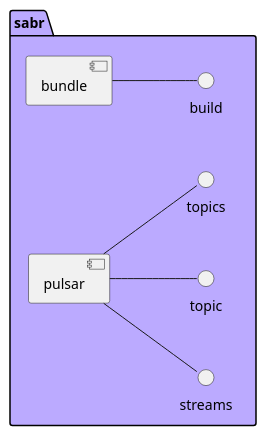
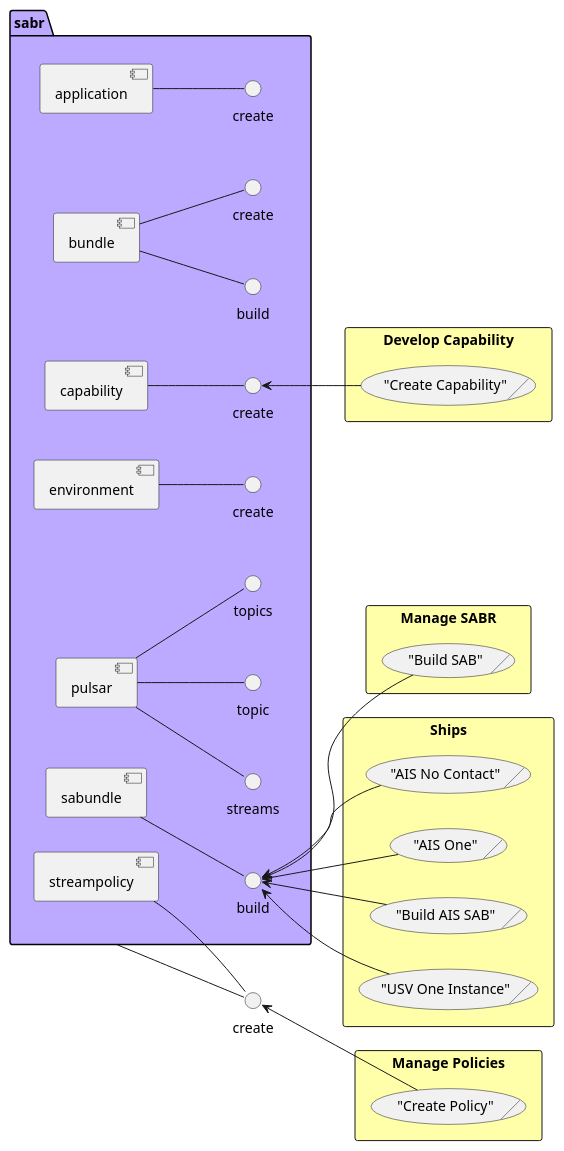
The diagram in docs/sabr/scenariomapping.puml (madajaju/sabr), drawn with PlantUML before and after one commit. The commit also changed 572 other files, not shown here.

```diff
--- a/docs/sabr/scenariomapping.puml
+++ b/docs/sabr/scenariomapping.puml
@@ -1,47 +1,137 @@
 @startuml
 left to right direction
 
 
+     component "sabr" as sabr
+ interface "streampolicy create" as sabrstreampolicycreate
+sabr -- sabrstreampolicycreate
+
+    
+    package "sabr" as sabr #bbaaff {
+ component "application" as sabrapplication
+ interface "create" as sabrapplicationcreate
+sabrapplication -- sabrapplicationcreate
+}
+
+    
     package "sabr" as sabr #bbaaff {
  component "bundle" as sabrbundle
  interface "build" as sabrbundlebuild
 sabrbundle -- sabrbundlebuild
+}
+
+    
+    package "sabr" as sabr #bbaaff {
+ component "bundle" as sabrbundle
+ interface "create" as sabrbundlecreate
+sabrbundle -- sabrbundlecreate
+}
+
+    
+    package "sabr" as sabr #bbaaff {
+ component "capability" as sabrcapability
+ interface "create" as sabrcapabilitycreate
+sabrcapability -- sabrcapabilitycreate
+}
+
+    
+    package "sabr" as sabr #bbaaff {
+ component "environment" as sabrenvironment
+ interface "create" as sabrenvironmentcreate
+sabrenvironment -- sabrenvironmentcreate
 }
 
     
     package "sabr" as sabr #bbaaff {
  component "pulsar" as sabrpulsar
  interface "streams" as sabrpulsarstreams
 sabrpulsar -- sabrpulsarstreams
 }
 
     
     package "sabr" as sabr #bbaaff {
  component "pulsar" as sabrpulsar
  interface "topic" as sabrpulsartopic
 sabrpulsar -- sabrpulsartopic
 }
 
     
     package "sabr" as sabr #bbaaff {
  component "pulsar" as sabrpulsar
  interface "topics" as sabrpulsartopics
 sabrpulsar -- sabrpulsartopics
 }
 
     
+    package "sabr" as sabr #bbaaff {
+ component "sabundle" as sabrsabundle
+ interface "build" as sabrsabundlebuild
+sabrsabundle -- sabrsabundlebuild
+}
+
+    
+    package "sabr" as sabr #bbaaff {
+ component "streampolicy" as sabrstreampolicy
+ interface "create" as sabrstreampolicycreate
+sabrstreampolicy -- sabrstreampolicycreate
+}
+
+    
 
 
 
 
+        rectangle "Develop Capability" as DevelopCapability #ffffaa {
+            ("Create Capability")/ as DevOpsEngineerDevelopCapabilityCreateCapability
+        }
+    
+    sabrcapabilitycreate <-- DevOpsEngineerDevelopCapabilityCreateCapability
+    
 
 
 
 
+        rectangle "Manage SABR" as ManageSABR #ffffaa {
+            ("Build SAB")/ as ApplicationDeveloperManageSABRBuildSAB
+        }
+    
+    sabrsabundlebuild <-- ApplicationDeveloperManageSABRBuildSAB
+    
+
+
+
+        rectangle "Manage Policies" as ManagePolicies #ffffaa {
+            ("Create Policy")/ as DataEngineerManagePoliciesCreatePolicy
+        }
+    
+    sabrstreampolicycreate <-- DataEngineerManagePoliciesCreatePolicy
+    
 
 
 
 
-
-
+        rectangle "Ships" as Ships #ffffaa {
+            ("AIS No Contact")/ as ApplicationDeveloperShipsAISNoContact
+        }
+    
+    sabrsabundlebuild <-- ApplicationDeveloperShipsAISNoContact
+    
+        rectangle "Ships" as Ships #ffffaa {
+            ("AIS One")/ as ApplicationDeveloperShipsAISOne
+        }
+    
+    sabrsabundlebuild <-- ApplicationDeveloperShipsAISOne
+    
+        rectangle "Ships" as Ships #ffffaa {
+            ("Build AIS SAB")/ as ApplicationDeveloperShipsAISSABR
+        }
+    
+    sabrsabundlebuild <-- ApplicationDeveloperShipsAISSABR
+    
+        rectangle "Ships" as Ships #ffffaa {
+            ("USV One Instance")/ as ApplicationDeveloperShipsUSVOne
+        }
+    
+    sabrsabundlebuild <-- ApplicationDeveloperShipsUSVOne
+    
 @enduml
```
